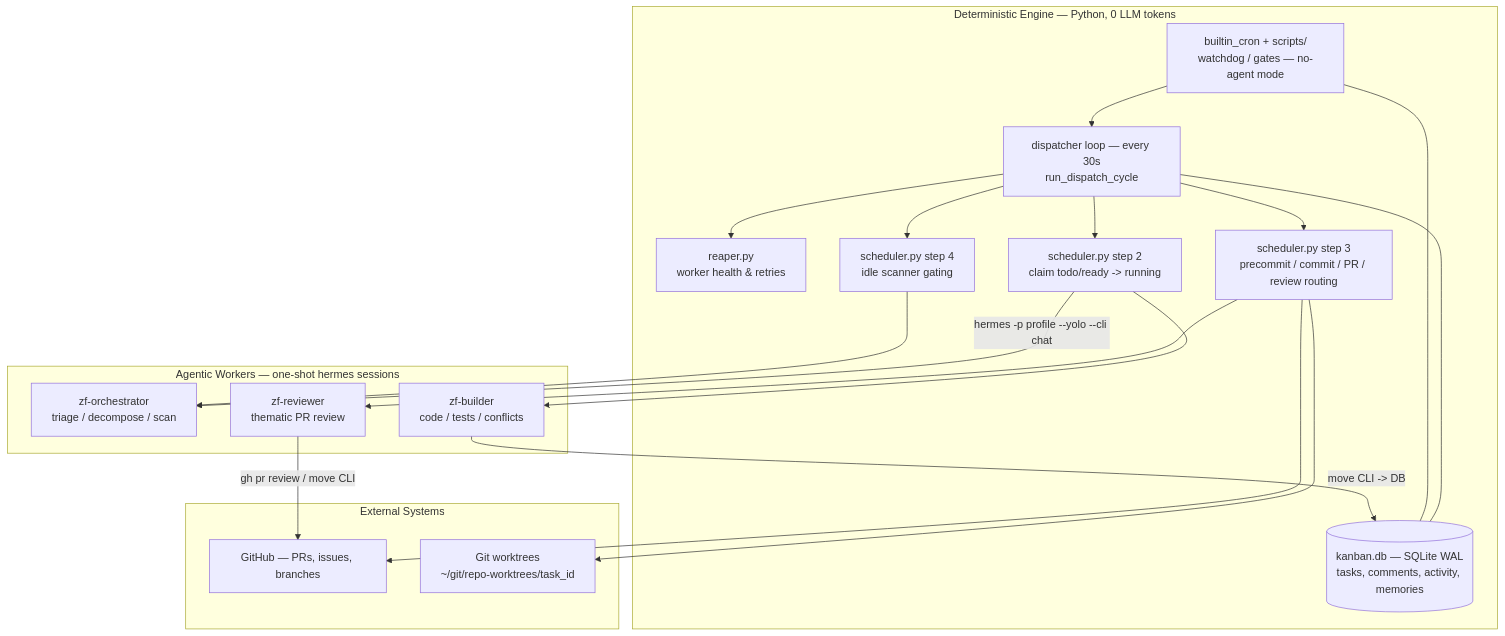
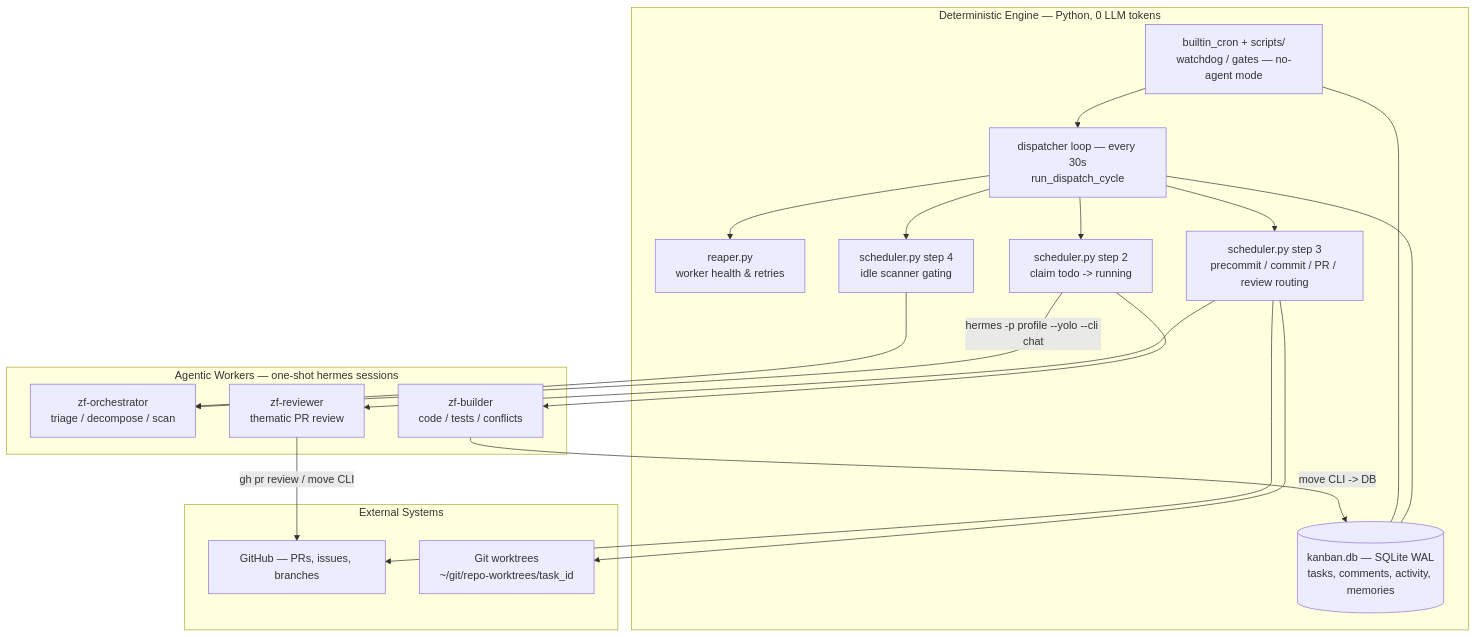
The first of 11 diagrams in docs/FLOWS.md (hotcode-dev/zerofactory), drawn with Mermaid before and after one commit. The commit also changed other lines of this file and 12 other files, not shown here.

````diff
--- a/docs/FLOWS.md
+++ b/docs/FLOWS.md
@@ -15,33 +15,33 @@
 ```mermaid
 flowchart TD
     subgraph DET["Deterministic Engine — Python, 0 LLM tokens"]
         LOOP["dispatcher loop — every 30s<br/>run_dispatch_cycle"] --> REAP["reaper.py<br/>worker health & retries"]
-        LOOP --> CLAIM["scheduler.py step 2<br/>claim todo/ready -> running"]
+        LOOP --> CLAIM["scheduler.py step 2<br/>claim todo -> running"]
         LOOP --> PR["scheduler.py step 3<br/>precommit / commit / PR / review routing"]
         LOOP --> SCAN["scheduler.py step 4<br/>idle scanner gating"]
         CRON["builtin_cron + scripts/<br/>watchdog / gates — no-agent mode"] --> LOOP
         DB[("kanban.db — SQLite WAL<br/>tasks, comments, activity, memories")]
         LOOP --- DB
         CRON --- DB
     end
 
     subgraph AGENTS["Agentic Workers — one-shot hermes sessions"]
         ORCH["zf-orchestrator<br/>triage / decompose / scan"]
         BLD["zf-builder<br/>code / tests / conflicts"]
         REV["zf-reviewer<br/>thematic PR review"]
     end
 
     subgraph EXT["External Systems"]
         GH["GitHub — PRs, issues, branches"]
         WS["Git worktrees<br/>~/git/repo-worktrees/task_id"]
     end
 
     CLAIM -->|"hermes -p profile --yolo --cli chat"| ORCH
     CLAIM --> BLD
     PR --> REV
     BLD -->|"move CLI -> DB"| DB
     REV -->|"gh pr review / move CLI"| GH
     PR --> GH
     PR --> WS
     SCAN --> ORCH
 ```
````
